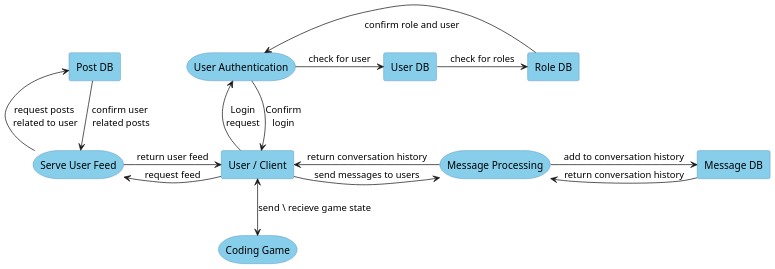
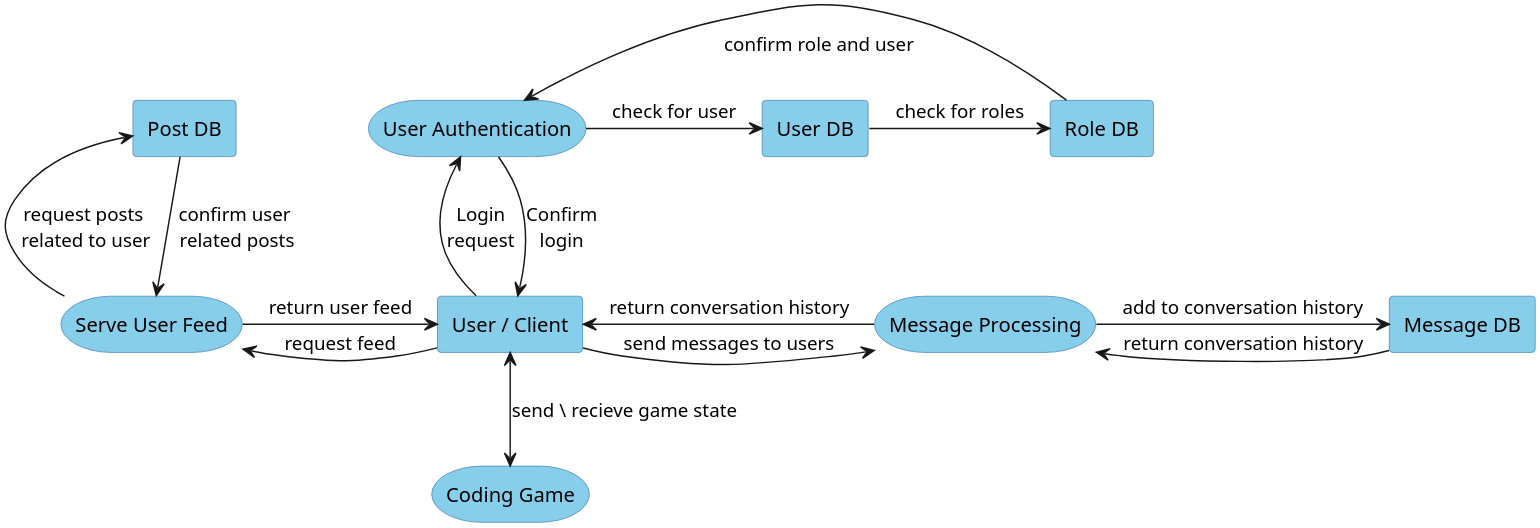
Before and after one commit to AbSharum/CodeTogether: the diagram in Project/Documentation/Data Flow/DataFlowDiagram.puml, drawn with PlantUML. The commit also changed 4 other files, not shown here.

```diff
--- a/Project/Documentation/Data Flow/DataFlowDiagram.puml
+++ b/Project/Documentation/Data Flow/DataFlowDiagram.puml
@@ -1,52 +1,52 @@
 @startuml
 
-scale 1.5
+scale 3
 
 skinparam rectangle {
   BorderColor SteelBlue
   BackgroundColor SkyBlue
 }
 
 skinparam storage {
   BorderColor SteelBlue
   BackgroundColor SkyBlue
 }
 
 
 rectangle "User / Client" as User
 storage "User Authentication" as UserAuth
 rectangle "User DB" as UserDB
 rectangle "Role DB" as RoleDB
 storage "Serve User Feed" as Feed
 rectangle "Post DB" as PostDB
 rectangle "Message DB" as MessageDB
 storage "Message Processing" as Message
 storage "Coding Game" as Code
 
 User -up-> UserAuth : Login\nrequest
 UserAuth -down-> User : Confirm\nlogin
 
 UserAuth -right-> UserDB : check for user
 
 UserDB -right-> RoleDB : check for roles
 
 RoleDB -left-> UserAuth : \nconfirm role and user
 
 User -left-> Feed : request feed
 Feed -right-> User : return user feed
 
 Feed -up-> PostDB : request posts\n related to user
 PostDB -down-> Feed : confirm user\n related posts
 
 User -right-> Message : send messages to users
 Message -left-> User : return conversation history
 
 Message -right-> MessageDB : add to conversation history
 MessageDB -left-> Message : return conversation history
 
 User <-down-> Code : send \ recieve game state
 
 
 
 
 @enduml
```
